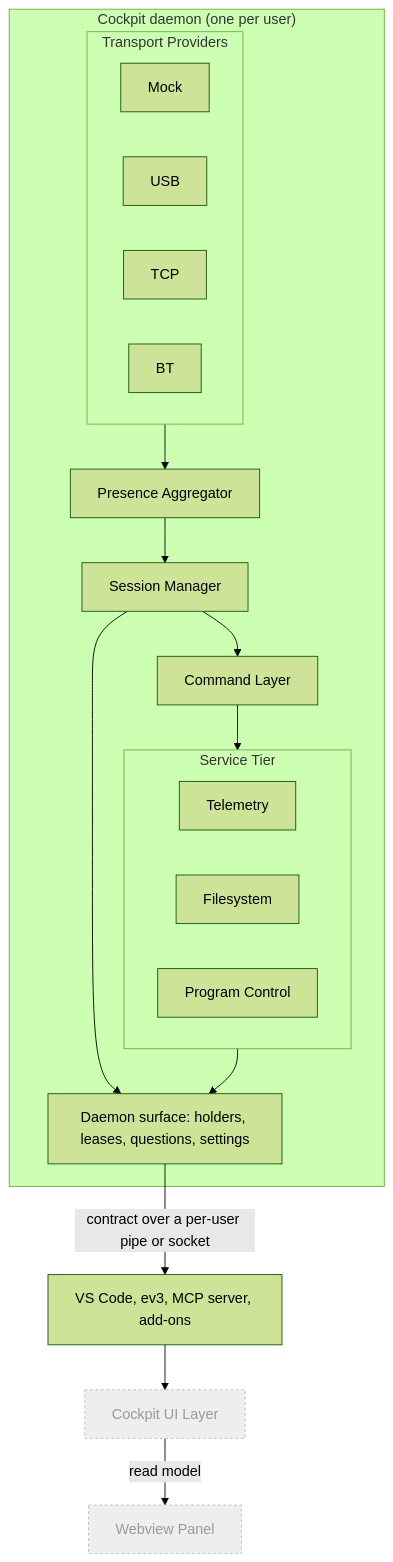
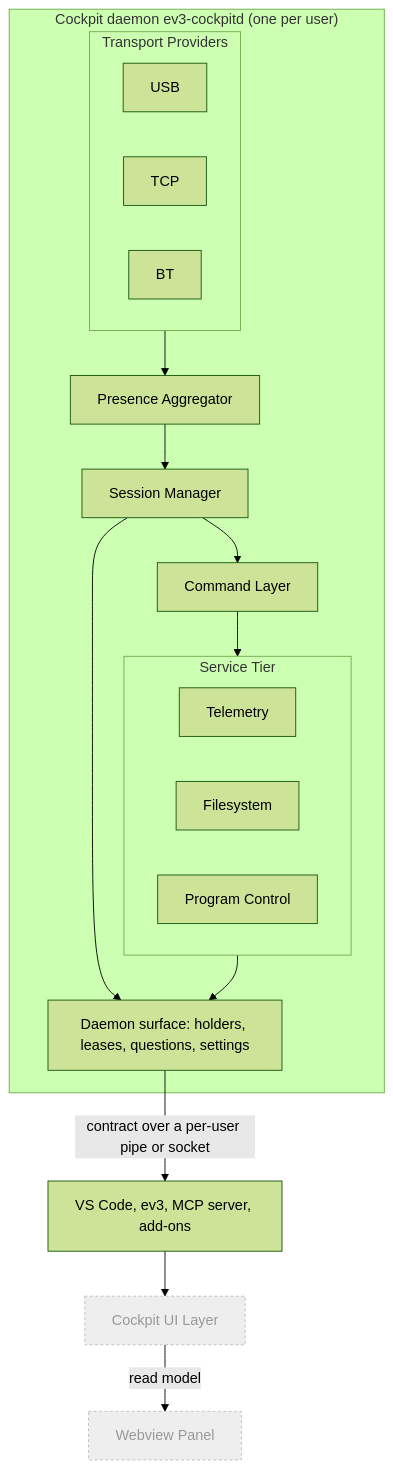
The first of 2 diagrams in docs/ARCHITECTURE.md (99LevelsUp/ev3-cockpit), drawn with Mermaid (forest theme) before and after one commit. The commit also changed other lines of this file and 36 other files, not shown here.

````diff
--- a/docs/ARCHITECTURE.md
+++ b/docs/ARCHITECTURE.md
@@ -9,34 +13,33 @@
 ```mermaid
 graph TD
-    subgraph Daemon["Cockpit daemon (one per user)"]
+    subgraph Daemon["Cockpit daemon ev3-cockpitd (one per user)"]
         subgraph Providers["Transport Providers"]
-            PM[Mock]
             PU[USB]
             PT[TCP]
             PB[BT]
         end
         PA[Presence Aggregator]
         SM[Session Manager]
         CMD[Command Layer]
         subgraph Services["Service Tier"]
             TM[Telemetry]
             FS[Filesystem]
             PC[Program Control]
         end
         SRV[Daemon surface: holders, leases, questions, settings]
     end
     UI[Cockpit UI Layer]
 
     Providers --> PA
     PA --> SM
     SM --> CMD
     CMD --> Services
     SM --> SRV
     Services --> SRV
     SRV -->|contract over a per-user pipe or socket| CL[VS Code, ev3, MCP server, add-ons]
     CL --> UI
     UI -->|read model| PANEL[Webview Panel]
 
     classDef dimmed fill:#eee,stroke:#bbb,color:#999,stroke-dasharray: 3 3;
     class UI,PANEL dimmed
 ```
````
